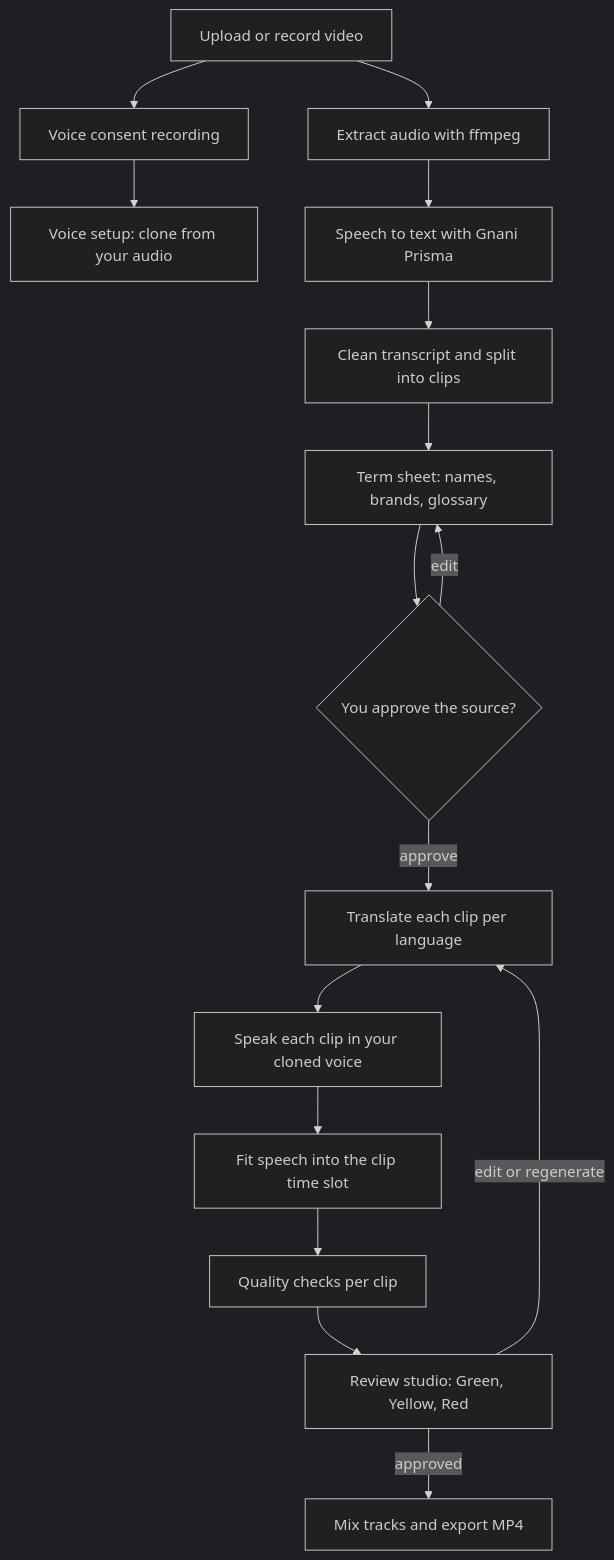
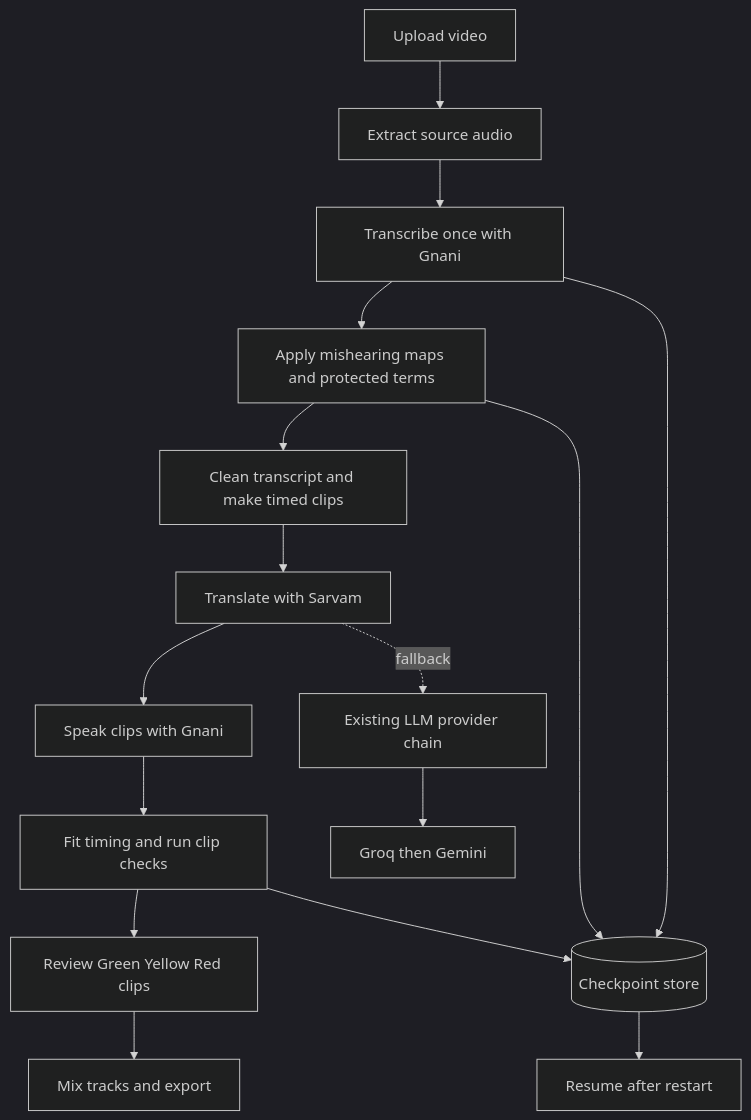
Before and after one commit to Aarti-panchal01/anek: the first of 2 diagrams in README.md, drawn with Mermaid (dark theme). The commit also changed other lines of this file and 12 other files, not shown here.

````diff
--- a/README.md
+++ b/README.md
@@ -70,18 +45,18 @@
 ```mermaid
 flowchart TD
-    A[Upload or record video] --> B[Voice consent recording]
-    B --> C[Voice setup: clone from your audio]
-    A --> D[Extract audio with ffmpeg]
-    D --> E[Speech to text with Gnani Prisma]
-    E --> F[Clean transcript and split into clips]
-    F --> G[Term sheet: names, brands, glossary]
-    G --> H{You approve the source?}
-    H -- edit --> G
-    H -- approve --> I[Translate each clip per language]
-    I --> J[Speak each clip in your cloned voice]
-    J --> K[Fit speech into the clip time slot]
-    K --> L[Quality checks per clip]
-    L --> M[Review studio: Green, Yellow, Red]
-    M -- edit or regenerate --> I
-    M -- approved --> N[Mix tracks and export MP4]
+    A[Upload video] --> B[Extract source audio]
+    B --> C[Transcribe once with Gnani]
+    C --> D[Apply mishearing maps and protected terms]
+    D --> E[Clean transcript and make timed clips]
+    E --> F[Translate with Sarvam]
+    F --> G[Speak clips with Gnani]
+    G --> H[Fit timing and run clip checks]
+    H --> I[Review Green Yellow Red clips]
+    I --> J[Mix tracks and export]
+    C --> K[(Checkpoint store)]
+    D --> K
+    H --> K
+    K --> L[Resume after restart]
+    F -. fallback .-> M[Existing LLM provider chain]
+    M --> N[Groq then Gemini]
 ```
````
